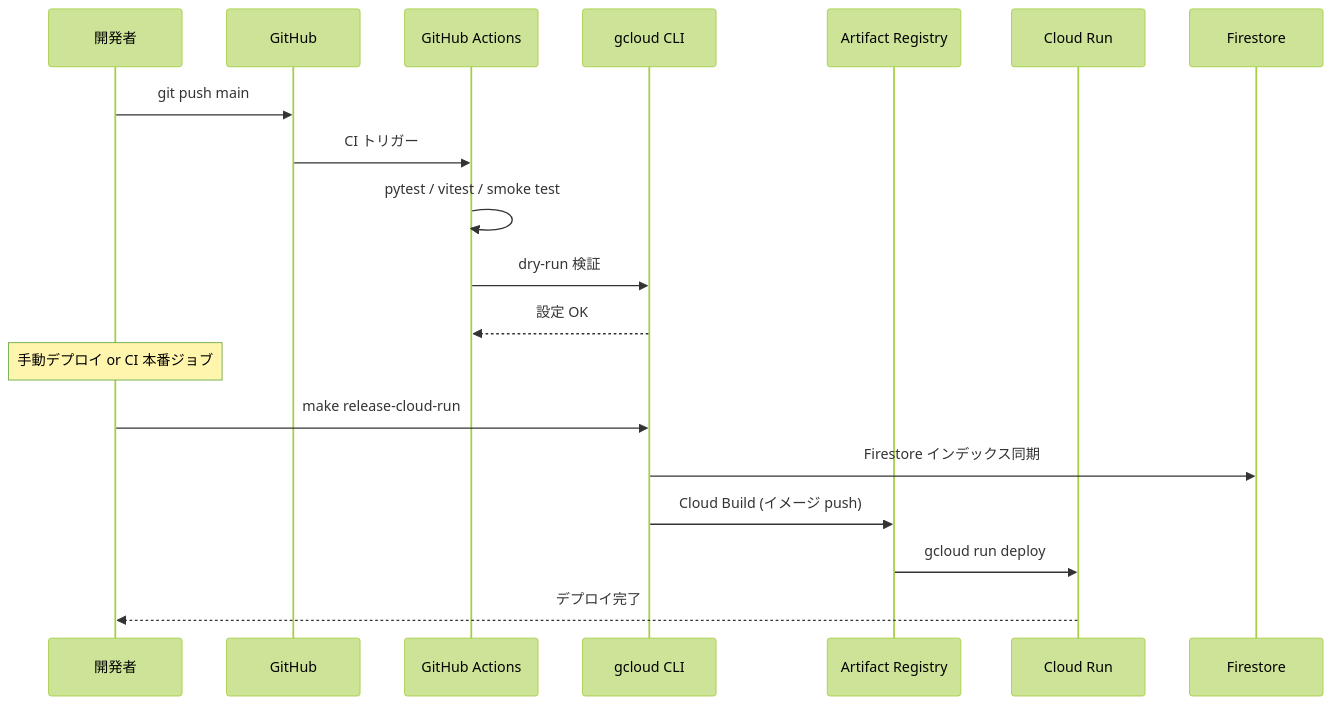
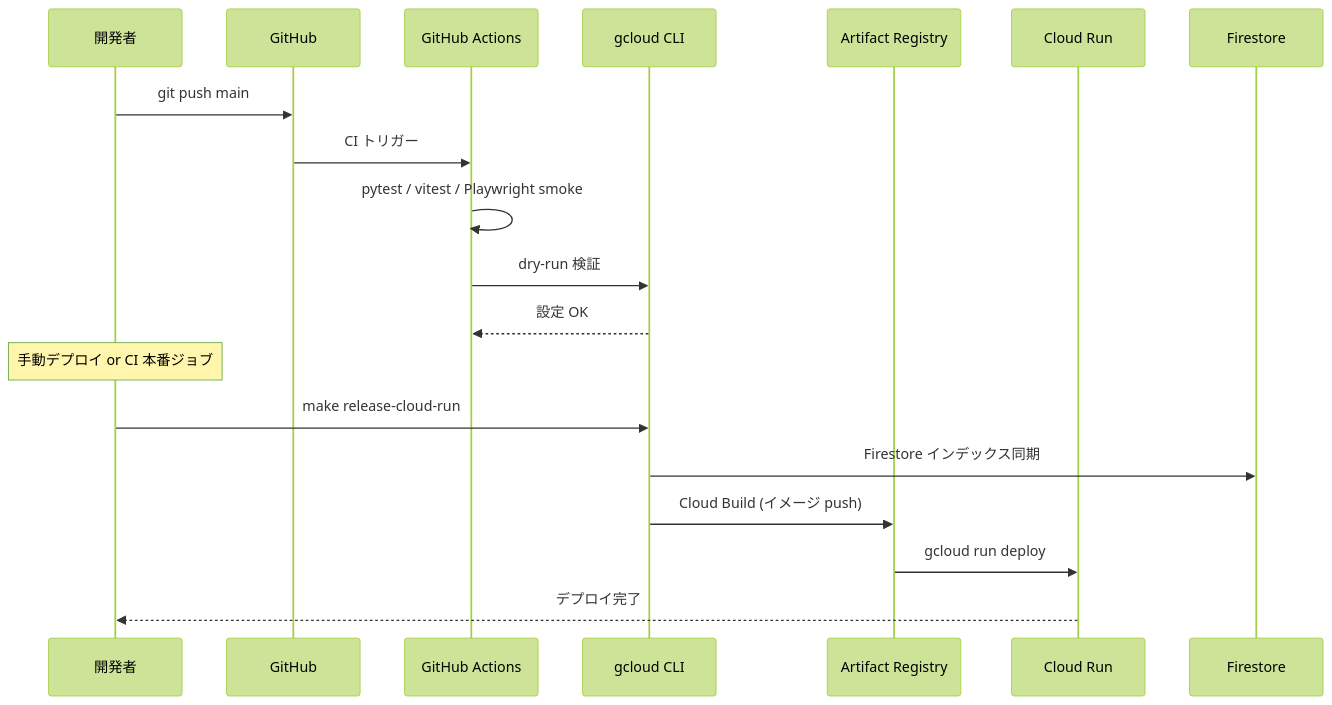
One commit to RiSEblackbird/wordpack-for-english changed the fourth of 6 diagrams in docs/infrastructure.md. Above: the diagram before and after it, drawn with Mermaid (forest theme). The commit also changed other lines of this file and 10 other files, not shown here.

````diff
--- a/docs/infrastructure.md
+++ b/docs/infrastructure.md
@@ -191,23 +191,23 @@
 ```mermaid
 sequenceDiagram
     participant Dev as 開発者
     participant GitHub as GitHub
     participant Actions as GitHub Actions
     participant GCloud as gcloud CLI
     participant AR as Artifact Registry
     participant CR as Cloud Run
     participant FS as Firestore
 
     Dev->>GitHub: git push main
     GitHub->>Actions: CI トリガー
-    Actions->>Actions: pytest / vitest / smoke test
+    Actions->>Actions: pytest / vitest / Playwright smoke
     Actions->>GCloud: dry-run 検証
     GCloud-->>Actions: 設定 OK
 
     Note over Dev: 手動デプロイ or CI 本番ジョブ
     Dev->>GCloud: make release-cloud-run
     GCloud->>FS: Firestore インデックス同期
     GCloud->>AR: Cloud Build (イメージ push)
     AR->>CR: gcloud run deploy
     CR-->>Dev: デプロイ完了
 ```
````
